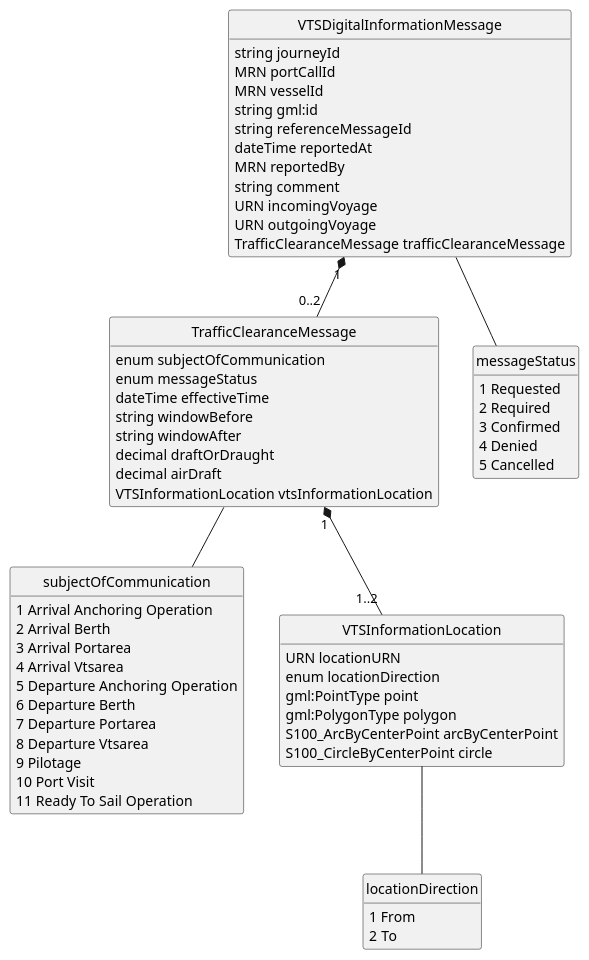
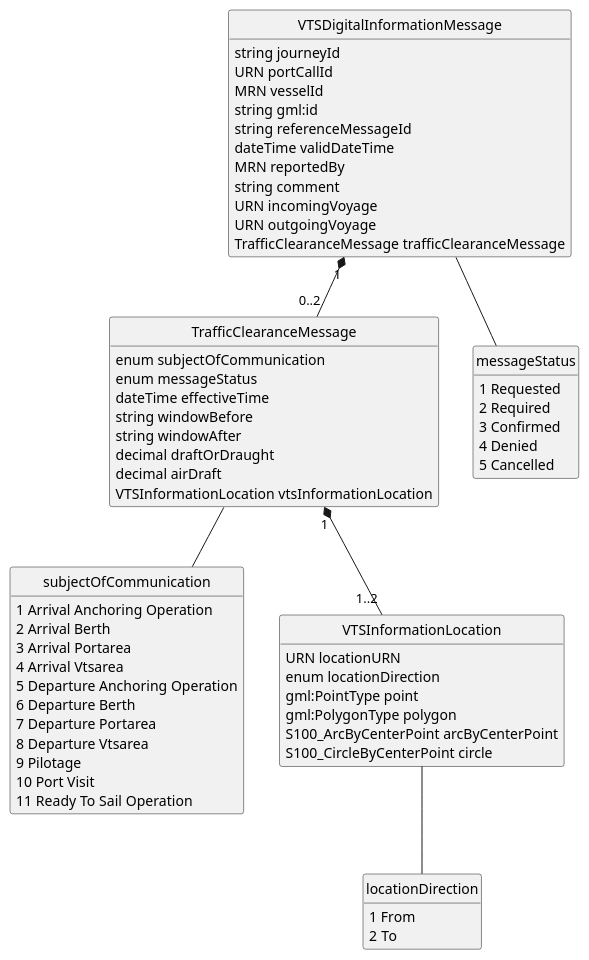
Before and after one commit to IALA-IGO/SS0001_VTS-Traffic-Clearance: the diagram in diagram sources/data-model.plantuml, drawn with PlantUML. The commit also changed 1 other file, not shown here.

```diff
--- a/diagram sources/data-model.plantuml
+++ b/diagram sources/data-model.plantuml
@@ -1,69 +1,69 @@
 @startuml TCS Data model
 class VTSDigitalInformationMessage
 VTSDigitalInformationMessage : string journeyId
-VTSDigitalInformationMessage : MRN portCallId
+VTSDigitalInformationMessage : URN portCallId
 VTSDigitalInformationMessage : MRN vesselId
 VTSDigitalInformationMessage : string gml:id
 VTSDigitalInformationMessage : string referenceMessageId
-VTSDigitalInformationMessage : dateTime reportedAt
+VTSDigitalInformationMessage : dateTime validDateTime
 VTSDigitalInformationMessage : MRN reportedBy
 VTSDigitalInformationMessage : string comment
 VTSDigitalInformationMessage : URN incomingVoyage
 VTSDigitalInformationMessage : URN outgoingVoyage
 VTSDigitalInformationMessage : TrafficClearanceMessage trafficClearanceMessage
 
 class TrafficClearanceMessage {
     enum subjectOfCommunication 
     enum messageStatus
     dateTime effectiveTime
     string windowBefore
     string windowAfter
     decimal draftOrDraught
     decimal airDraft
     VTSInformationLocation vtsInformationLocation
 }
 
 VTSDigitalInformationMessage "1" *-- "0..2" TrafficClearanceMessage
 TrafficClearanceMessage -- subjectOfCommunication
 VTSDigitalInformationMessage -- messageStatus
 
 class VTSInformationLocation
 VTSInformationLocation : URN locationURN
 VTSInformationLocation : enum locationDirection
 VTSInformationLocation : gml:PointType point
 VTSInformationLocation : gml:PolygonType polygon
 VTSInformationLocation : S100_ArcByCenterPoint arcByCenterPoint
 VTSInformationLocation : S100_CircleByCenterPoint circle
 
 TrafficClearanceMessage "1" *-- "1..2" VTSInformationLocation
 VTSInformationLocation -- locationDirection
 
 enum subjectOfCommunication {
 1 Arrival Anchoring Operation
 2 Arrival Berth
 3 Arrival Portarea
 4 Arrival Vtsarea
 5 Departure Anchoring Operation
 6 Departure Berth
 7 Departure Portarea
 8 Departure Vtsarea
 9 Pilotage
 10 Port Visit
 11 Ready To Sail Operation
 }
 
 enum messageStatus
 messageStatus : 1 Requested
 messageStatus : 2 Required
 messageStatus : 3 Confirmed
 messageStatus : 4 Denied
 messageStatus : 5 Cancelled
 
 enum locationDirection {
 1 From
 2 To    
 }
 
 hide methods
 hide circle
 @enduml
```
